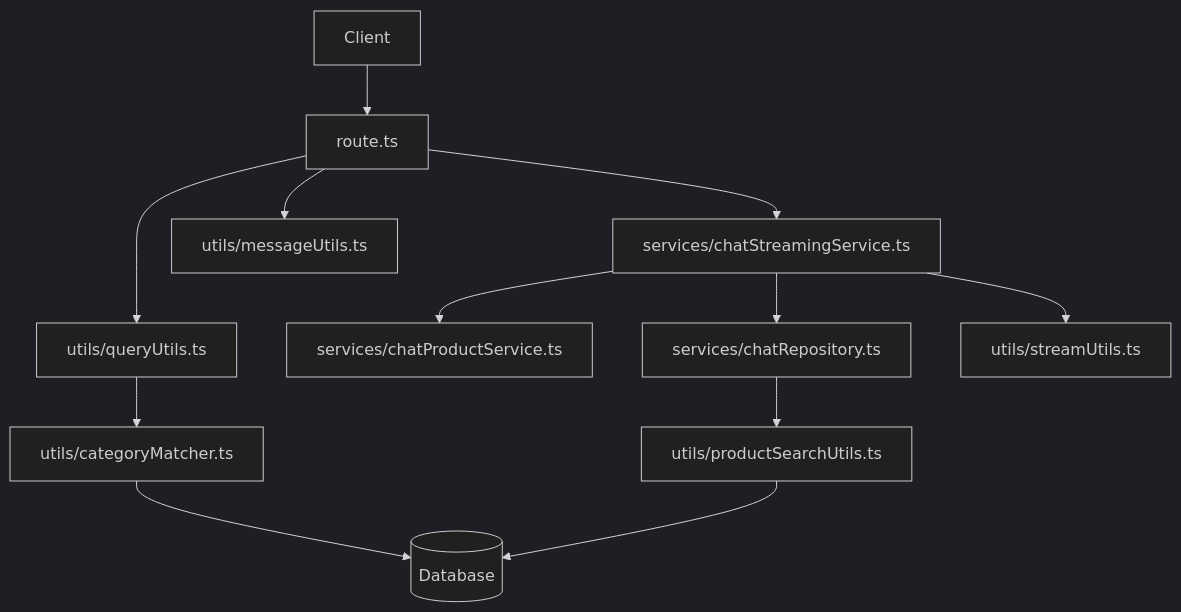
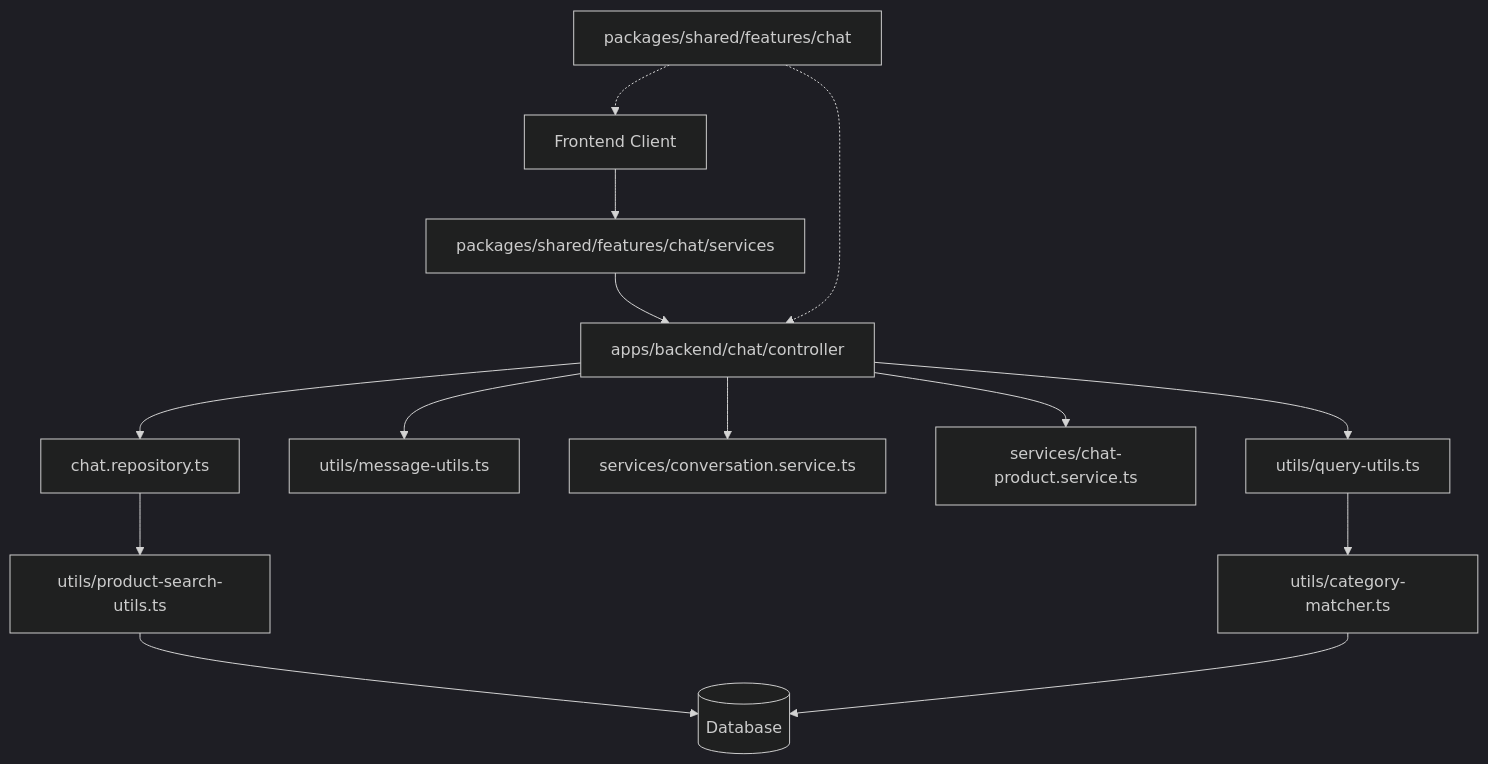
The diagram in apps/backend/src/features/chat/README.md (dennisvaga/bodyfuel), drawn with Mermaid (dark theme) before and after one commit. The commit also changed other lines of this file and 5 other files, not shown here.

Commit message:
refactor: Consolidate chat service and types, removing obsolete code and improving structure

````diff
--- a/apps/backend/src/features/chat/README.md
+++ b/apps/backend/src/features/chat/README.md
@@ -34,16 +44,20 @@
 ```mermaid
 flowchart TD
-    Client[Client] --> Route[route.ts]
-    Route --> QueryUtils[utils/queryUtils.ts]
-    Route --> MessageUtils[utils/messageUtils.ts]
-    Route --> StreamingService[services/chatStreamingService.ts]
+    Client[Frontend Client] --> ChatService[packages/shared/features/chat/services]
+    ChatService --> BackendAPI[apps/backend/chat/controller]
 
-    StreamingService --> ProductService[services/chatProductService.ts]
-    StreamingService --> Repository[services/chatRepository.ts]
-    StreamingService --> StreamUtils[utils/streamUtils.ts]
+    BackendAPI --> QueryUtils[utils/query-utils.ts]
+    BackendAPI --> MessageUtils[utils/message-utils.ts]
+    BackendAPI --> ConversationService[services/conversation.service.ts]
 
-    QueryUtils --> CategoryMatcher[utils/categoryMatcher.ts]
-    Repository --> ProductSearchUtils[utils/productSearchUtils.ts]
+    BackendAPI --> ProductService[services/chat-product.service.ts]
+    BackendAPI --> Repository[chat.repository.ts]
+
+    QueryUtils --> CategoryMatcher[utils/category-matcher.ts]
+    Repository --> ProductSearchUtils[utils/product-search-utils.ts]
     ProductSearchUtils --> Database[(Database)]
     CategoryMatcher --> Database
+
+    SharedTypes[packages/shared/features/chat] -.-> BackendAPI
+    SharedTypes -.-> Client
 ```
````
